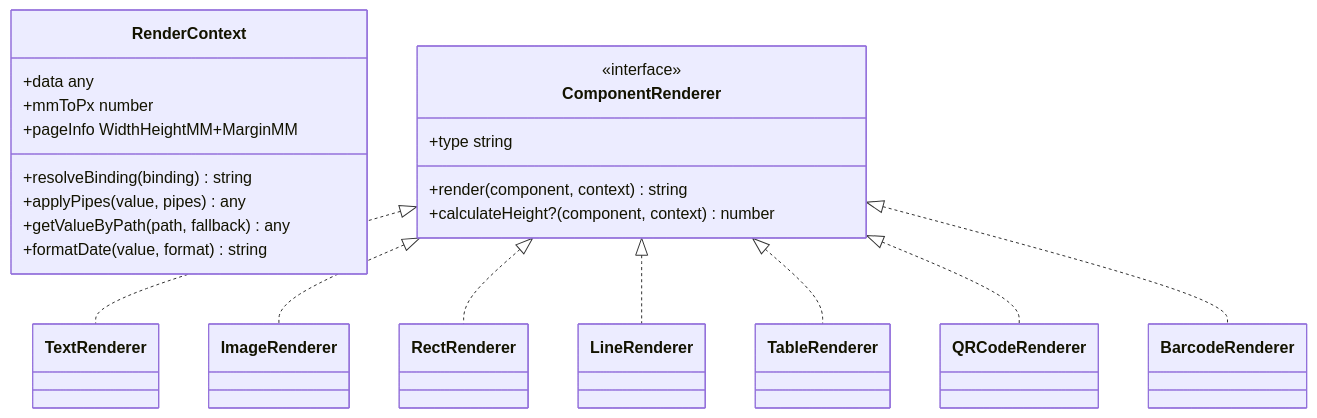
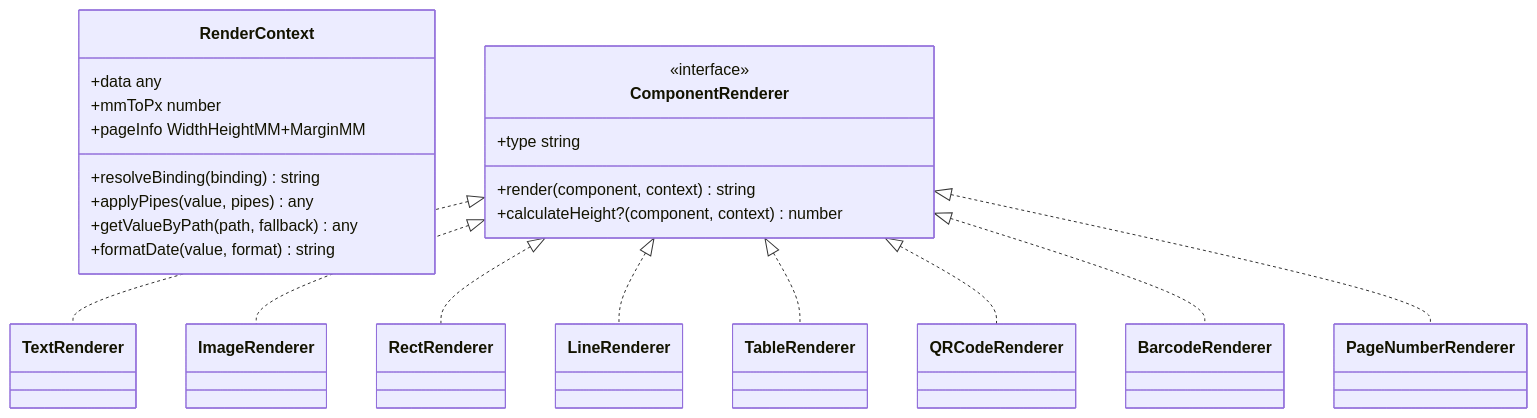
Before and after one commit to joker-yjc/printer: the fifth of 11 diagrams in .qoder/repowiki/zh/content/打印SDK系统/打印引擎核心.md, drawn with Mermaid. The commit also changed other lines of this file and 16 other files, not shown here.

````diff
--- a/.qoder/repowiki/zh/content/打印SDK系统/打印引擎核心.md
+++ b/.qoder/repowiki/zh/content/打印SDK系统/打印引擎核心.md
@@ -294,32 +311,34 @@
 ```mermaid
 classDiagram
 class RenderContext {
 +data any
 +resolveBinding(binding) string
 +applyPipes(value, pipes) any
 +getValueByPath(path, fallback) any
 +formatDate(value, format) string
 +mmToPx number
 +pageInfo WidthHeightMM+MarginMM
 }
 class ComponentRenderer {
 <<interface>>
 +type string
 +render(component, context) string
 +calculateHeight?(component, context) number
 }
 class TextRenderer
 class ImageRenderer
 class RectRenderer
 class LineRenderer
 class TableRenderer
 class QRCodeRenderer
 class BarcodeRenderer
+class PageNumberRenderer
 ComponentRenderer <|.. TextRenderer
 ComponentRenderer <|.. ImageRenderer
 ComponentRenderer <|.. RectRenderer
 ComponentRenderer <|.. LineRenderer
 ComponentRenderer <|.. TableRenderer
 ComponentRenderer <|.. QRCodeRenderer
 ComponentRenderer <|.. BarcodeRenderer
+ComponentRenderer <|.. PageNumberRenderer
 ```
````
